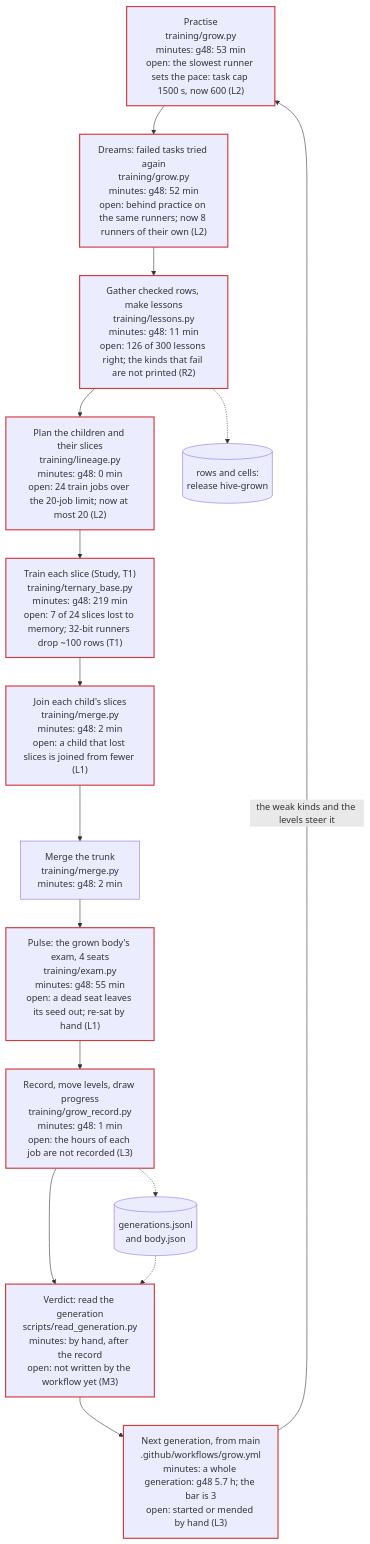
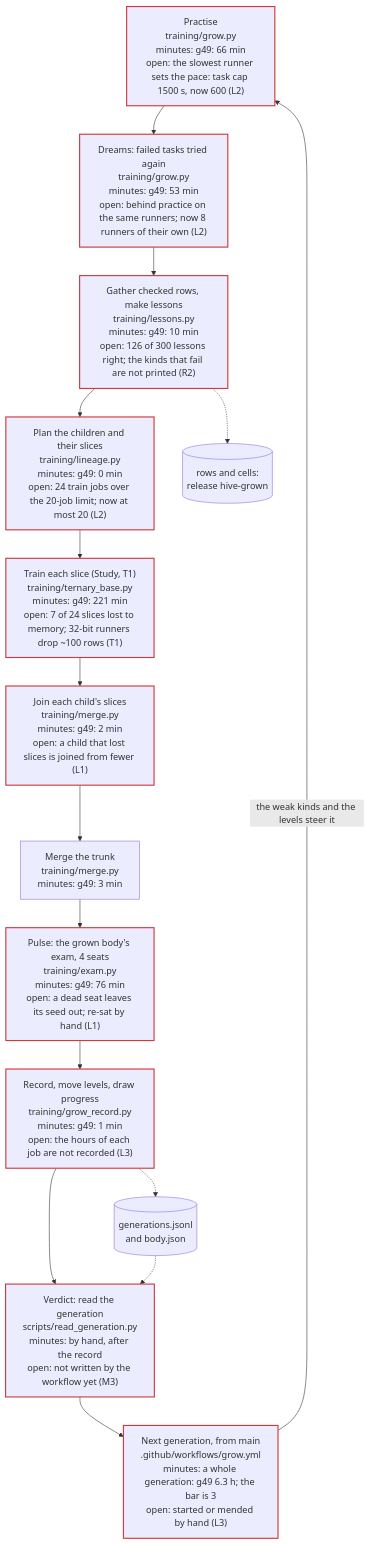
One commit to Arnav123-s/HiveMIND changed the first of 4 diagrams in docs/KNOWLEDGE.md. Above: the diagram before and after it, drawn with Mermaid. The commit also changed 17 other files, not shown here.

Commit message:
The hive's body: generation g49

````diff
--- a/docs/KNOWLEDGE.md
+++ b/docs/KNOWLEDGE.md
@@ -11,31 +11,31 @@
 ```mermaid
 flowchart TD
-  practise["Practise<br/>training/grow.py<br/>minutes: g48: 53 min<br/>open: the slowest runner sets the pace: task cap 1500 s, now 600 (L2)"]:::open
-  dreams["Dreams: failed tasks tried again<br/>training/grow.py<br/>minutes: g48: 52 min<br/>open: behind practice on the same runners; now 8 runners of their own (L2)"]:::open
-  gather["Gather checked rows, make lessons<br/>training/lessons.py<br/>minutes: g48: 11 min<br/>open: 126 of 300 lessons right; the kinds that fail are not printed (R2)"]:::open
-  plan["Plan the children and their slices<br/>training/lineage.py<br/>minutes: g48: 0 min<br/>open: 24 train jobs over the 20-job limit; now at most 20 (L2)"]:::open
-  trainc["Train each slice (Study, T1)<br/>training/ternary_base.py<br/>minutes: g48: 219 min<br/>open: 7 of 24 slices lost to memory; 32-bit runners drop ~100 rows (T1)"]:::open
-  join["Join each child's slices<br/>training/merge.py<br/>minutes: g48: 2 min<br/>open: a child that lost slices is joined from fewer (L1)"]:::open
-  trunk["Merge the trunk<br/>training/merge.py<br/>minutes: g48: 2 min"]
-  pulse["Pulse: the grown body's exam, 4 seats<br/>training/exam.py<br/>minutes: g48: 55 min<br/>open: a dead seat leaves its seed out; re-sat by hand (L1)"]:::open
-  recordg["Record, move levels, draw progress<br/>training/grow_record.py<br/>minutes: g48: 1 min<br/>open: the hours of each job are not recorded (L3)"]:::open
+  practise["Practise<br/>training/grow.py<br/>minutes: g49: 66 min<br/>open: the slowest runner sets the pace: task cap 1500 s, now 600 (L2)"]:::open
+  dreams["Dreams: failed tasks tried again<br/>training/grow.py<br/>minutes: g49: 53 min<br/>open: behind practice on the same runners; now 8 runners of their own (L2)"]:::open
+  gather["Gather checked rows, make lessons<br/>training/lessons.py<br/>minutes: g49: 10 min<br/>open: 126 of 300 lessons right; the kinds that fail are not printed (R2)"]:::open
+  plan["Plan the children and their slices<br/>training/lineage.py<br/>minutes: g49: 0 min<br/>open: 24 train jobs over the 20-job limit; now at most 20 (L2)"]:::open
+  trainc["Train each slice (Study, T1)<br/>training/ternary_base.py<br/>minutes: g49: 221 min<br/>open: 7 of 24 slices lost to memory; 32-bit runners drop ~100 rows (T1)"]:::open
+  join["Join each child's slices<br/>training/merge.py<br/>minutes: g49: 2 min<br/>open: a child that lost slices is joined from fewer (L1)"]:::open
+  trunk["Merge the trunk<br/>training/merge.py<br/>minutes: g49: 3 min"]
+  pulse["Pulse: the grown body's exam, 4 seats<br/>training/exam.py<br/>minutes: g49: 76 min<br/>open: a dead seat leaves its seed out; re-sat by hand (L1)"]:::open
+  recordg["Record, move levels, draw progress<br/>training/grow_record.py<br/>minutes: g49: 1 min<br/>open: the hours of each job are not recorded (L3)"]:::open
   verdictg["Verdict: read the generation<br/>scripts/read_generation.py<br/>minutes: by hand, after the record<br/>open: not written by the workflow yet (M3)"]:::open
-  nextg["Next generation, from main<br/>.github/workflows/grow.yml<br/>minutes: a whole generation: g48 5.7 h; the bar is 3<br/>open: started or mended by hand (L3)"]:::open
+  nextg["Next generation, from main<br/>.github/workflows/grow.yml<br/>minutes: a whole generation: g49 6.3 h; the bar is 3<br/>open: started or mended by hand (L3)"]:::open
   practise --> dreams
   dreams --> gather
   gather --> plan
   plan --> trainc
   trainc --> join
   join --> trunk
   trunk --> pulse
   pulse --> recordg
   recordg --> verdictg
   verdictg --> nextg
   nextg -->|"the weak kinds and the levels steer it"| practise
   rel[("rows and cells:<br/>release hive-grown")]
   rec[("generations.jsonl<br/>and body.json")]
   gather -.-> rel
   recordg -.-> rec
   rec -.-> verdictg
   classDef open stroke:#d03b3b,stroke-width:2px
 ```
````
